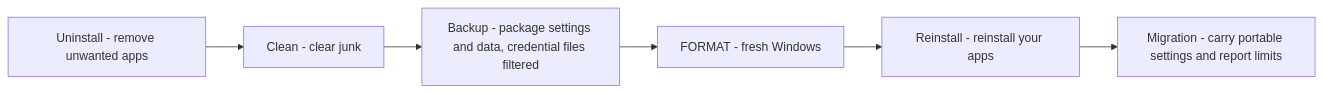
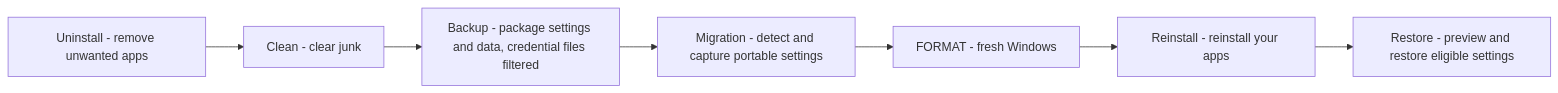
One commit to ydbilgin/windows-care-kit changed the diagram in README.md. Above: the diagram before and after it, drawn with Mermaid. The commit also changed other lines of this file and 31 other files, not shown here.

````diff
--- a/README.md
+++ b/README.md
@@ -43,8 +44,9 @@
 ```mermaid
 flowchart LR
   U[Uninstall - remove unwanted apps] --> C[Clean - clear junk]
   C --> B[Backup - package settings and data, credential files filtered]
-  B --> F[FORMAT - fresh Windows]
+  B --> M[Migration - detect and capture portable settings]
+  M --> F[FORMAT - fresh Windows]
   F --> R[Reinstall - reinstall your apps]
-  R --> M[Migration - carry portable settings and report limits]
+  R --> S[Restore - preview and restore eligible settings]
 ```
````
